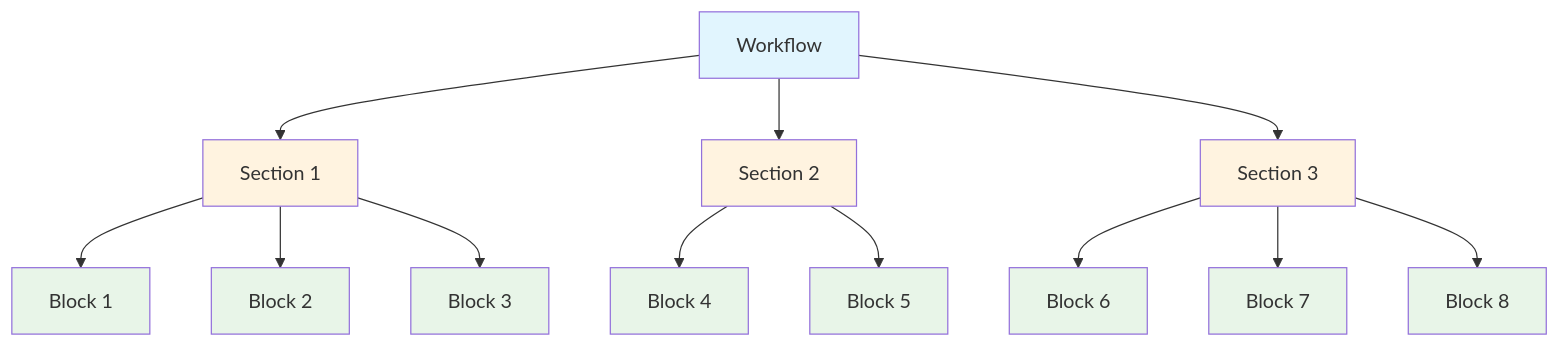
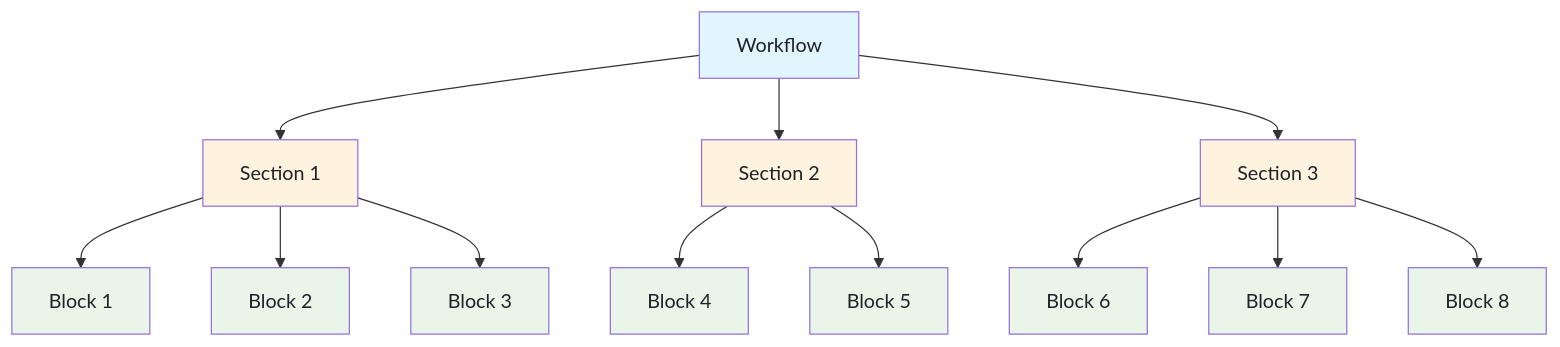
The first of 2 diagrams in docs/architecture/workflow-engine/index.md (Inia-AI/inia), drawn with Mermaid before and after one commit. The commit also changed 63 other files, not shown here.

````diff
--- a/docs/architecture/workflow-engine/index.md
+++ b/docs/architecture/workflow-engine/index.md
@@ -29,30 +29,30 @@
 ```mermaid
 graph TD
     A[Workflow] --> B[Section 1]
     A --> C[Section 2]
     A --> D[Section 3]
 
     B --> B1[Block 1]
     B --> B2[Block 2]
     B --> B3[Block 3]
 
     C --> C1[Block 4]
     C --> C2[Block 5]
 
     D --> D1[Block 6]
     D --> D2[Block 7]
     D --> D3[Block 8]
 
-    style A fill:#e1f5fe
-    style B fill:#fff3e0
-    style C fill:#fff3e0
-    style D fill:#fff3e0
-    style B1 fill:#e8f5e8
-    style B2 fill:#e8f5e8
-    style B3 fill:#e8f5e8
-    style C1 fill:#e8f5e8
-    style C2 fill:#e8f5e8
-    style D1 fill:#e8f5e8
-    style D2 fill:#e8f5e8
-    style D3 fill:#e8f5e8
+    style A fill:#e1f5fe,color:#1f2328
+    style B fill:#fff3e0,color:#1f2328
+    style C fill:#fff3e0,color:#1f2328
+    style D fill:#fff3e0,color:#1f2328
+    style B1 fill:#e8f5e8,color:#1f2328
+    style B2 fill:#e8f5e8,color:#1f2328
+    style B3 fill:#e8f5e8,color:#1f2328
+    style C1 fill:#e8f5e8,color:#1f2328
+    style C2 fill:#e8f5e8,color:#1f2328
+    style D1 fill:#e8f5e8,color:#1f2328
+    style D2 fill:#e8f5e8,color:#1f2328
+    style D3 fill:#e8f5e8,color:#1f2328
 ```
````
